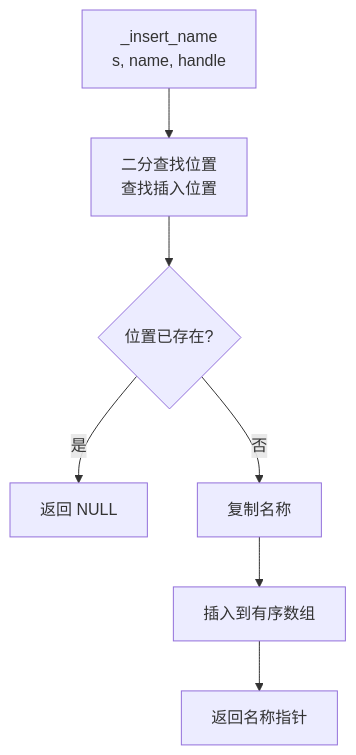
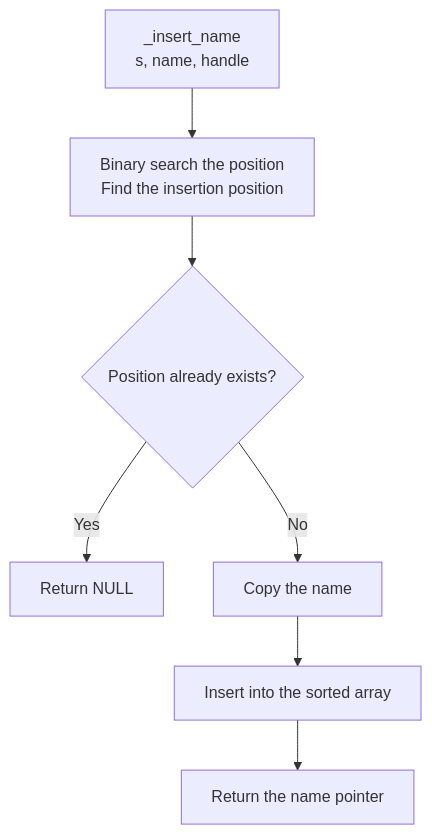
Before and after one commit to cuihairu/skynet: the sixth of 6 diagrams in docs/analysis/skynet-handle.md, drawn with Mermaid. The commit also changed other lines of this file and 86 other files, not shown here.

````diff
--- a/docs/analysis/skynet-handle.md
+++ b/docs/analysis/skynet-handle.md
@@ -442,9 +442,9 @@
 ```mermaid
 graph TD
-    A[_insert_name<br/>s, name, handle] --> B[二分查找位置<br/>查找插入位置]
-    B --> C{位置已存在?}
-    C -->|是| D[返回 NULL]
-    C -->|否| E[复制名称]
-    E --> F[插入到有序数组]
-    F --> G[返回名称指针]
+    A[_insert_name<br/>s, name, handle] --> B[Binary search the position<br/>Find the insertion position]
+    B --> C{Position already exists?}
+    C -->|Yes| D[Return NULL]
+    C -->|No| E[Copy the name]
+    E --> F[Insert into the sorted array]
+    F --> G[Return the name pointer]
 ```
````
